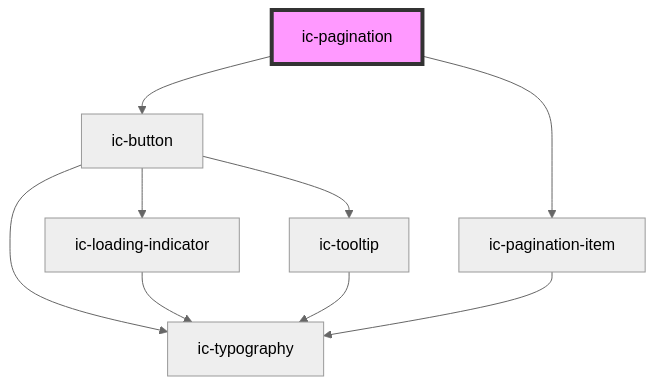
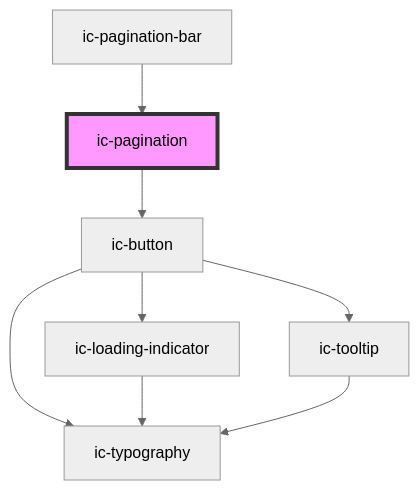
One commit to mi6/ic-ui-kit changed the diagram in packages/web-components/src/components/ic-pagination/readme.md. Above: the diagram before and after it, drawn with Mermaid (neutral theme). The commit also changed other lines of this file and 19 other files, not shown here.

````diff
--- a/packages/web-components/src/components/ic-pagination/readme.md
+++ b/packages/web-components/src/components/ic-pagination/readme.md
@@ -61,12 +64,11 @@
 ```mermaid
 graph TD;
   ic-pagination --> ic-button
-  ic-pagination --> ic-pagination-item
   ic-button --> ic-typography
   ic-button --> ic-loading-indicator
   ic-button --> ic-tooltip
   ic-loading-indicator --> ic-typography
   ic-tooltip --> ic-typography
-  ic-pagination-item --> ic-typography
+  ic-pagination-bar --> ic-pagination
   style ic-pagination fill:#f9f,stroke:#333,stroke-width:4px
 ```
````
